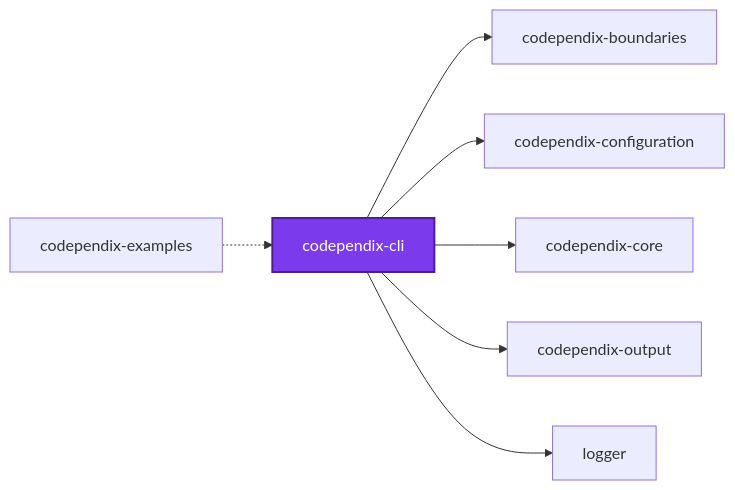
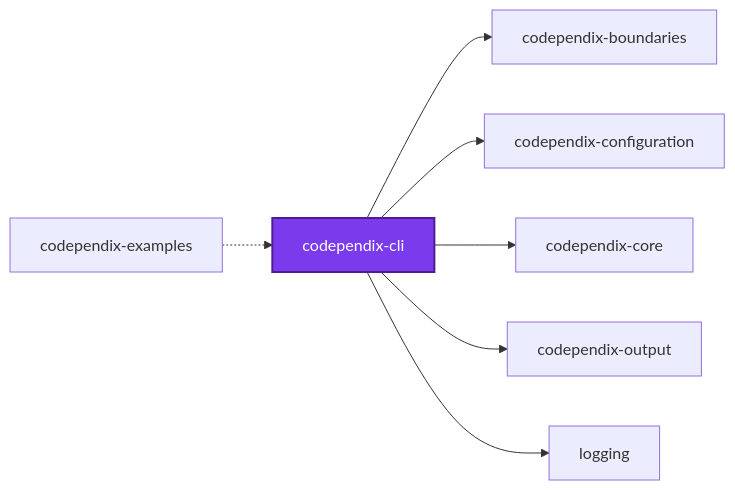
One commit to Organizzolini/codebase changed the first of 3 diagrams in packages/ic-suite/codependix/codependix-cli/README.md. Above: the diagram before and after it, drawn with Mermaid. The commit also changed 555 other files, not shown here.

````diff
--- a/packages/ic-suite/codependix/codependix-cli/README.md
+++ b/packages/ic-suite/codependix/codependix-cli/README.md
@@ -181,18 +181,18 @@
 ```mermaid
 graph LR
   codependix_boundaries["codependix-boundaries"]
   codependix_cli["codependix-cli"]
   codependix_configuration["codependix-configuration"]
   codependix_core["codependix-core"]
   codependix_examples["codependix-examples"]
   codependix_output["codependix-output"]
-  logger["logger"]
+  logging["logging"]
   codependix_cli --> codependix_boundaries
   codependix_cli --> codependix_configuration
   codependix_cli --> codependix_core
   codependix_cli --> codependix_output
-  codependix_cli --> logger
+  codependix_cli --> logging
   codependix_examples -.-> codependix_cli
   classDef subject fill:#7c3aed,color:#fff,stroke:#4c1d95,stroke-width:2px
   class codependix_cli subject
 ```
````
